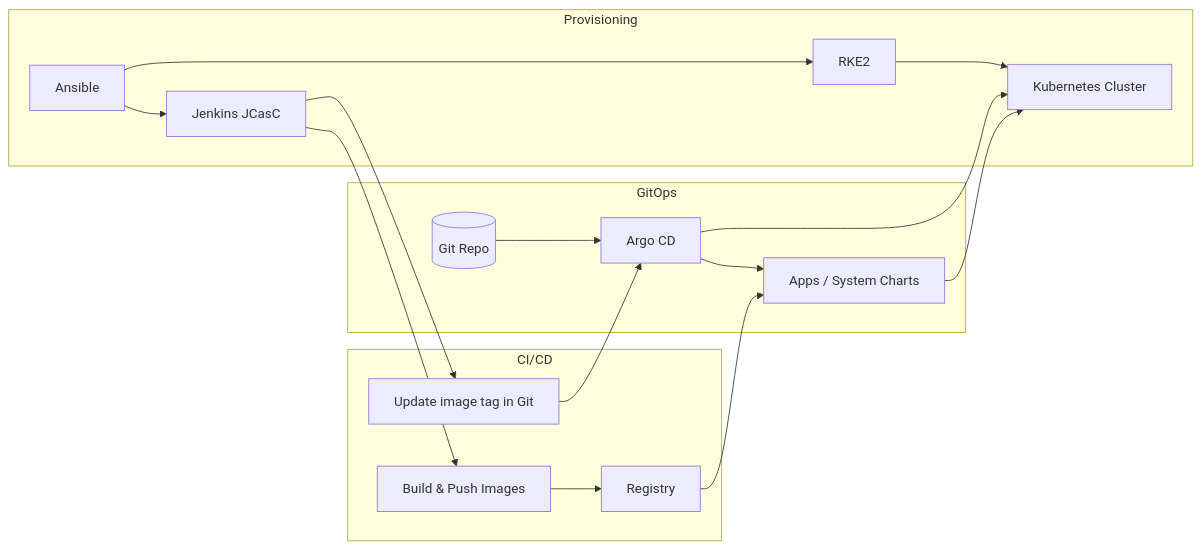
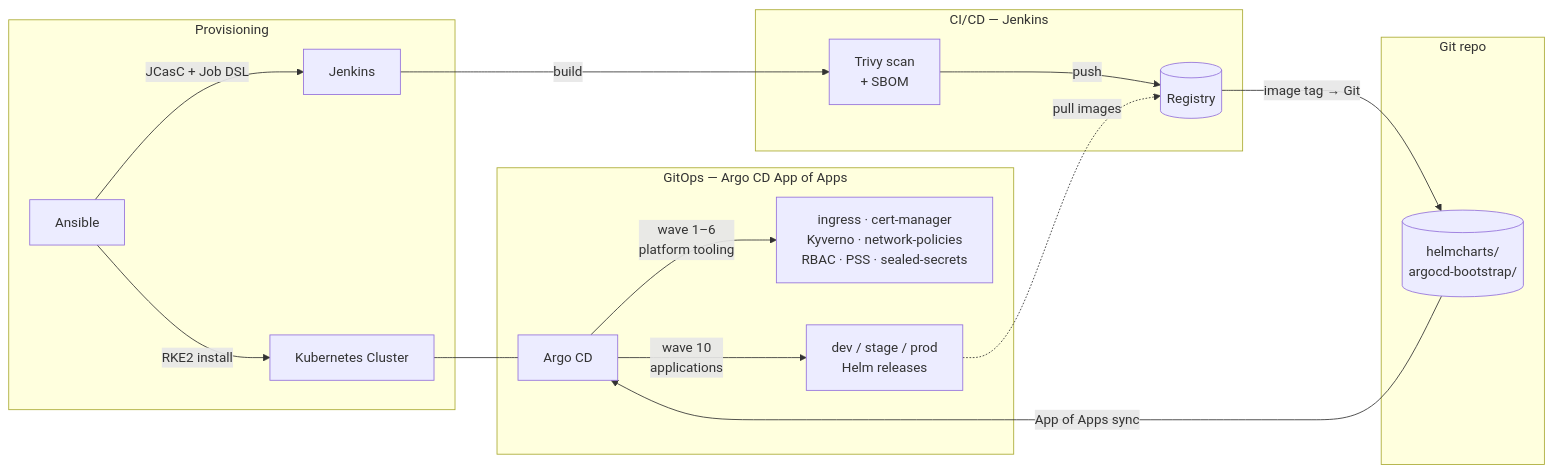
Before and after one commit to SritharanK/sk-k8s-devops-bootstrap: the diagram in README.md, drawn with Mermaid. The commit also changed other lines of this file, not shown here.

Commit message:
fix: correct architecture diagram in README (#50)
- Rename 'Jenkins JCasC' node to 'Jenkins' (JCasC is config mechanism, not component)
- Remove incorrect Registry→Apps arrow (images are pulled by the cluster, not pushed to charts)
- Add security/platform layer showing Kyverno, cert-manager, network-policies, RBAC, PSS
- Show sync-wave ordering (wave 1–6 platform, wave 10 apps)
- Show dev/stage/prod in application node
- Add Trivy scan + SBOM step in CI/CD flow
- Update bullet-point descriptions to match

````diff
--- a/README.md
+++ b/README.md
@@ -18,25 +18,26 @@
 ```mermaid
 flowchart LR
   subgraph Provisioning
-    A[Ansible] --> B[RKE2]
-    B --> C[Kubernetes Cluster]
-    A --> D[Jenkins JCasC]
+    A[Ansible] -->|RKE2 install| B[Kubernetes Cluster]
+    A -->|JCasC + Job DSL| J[Jenkins]
   end
 
-  subgraph GitOps
-    G[(Git Repo)]
-    G --> E[Argo CD]
-    E --> C
-    E --> F[Apps / System Charts]
-    F --> C
+  subgraph Git["Git repo"]
+    G[(helmcharts/\nargocd-bootstrap/)]
   end
 
-  subgraph CI/CD
-    D --> H[Build & Push Images]
-    H --> I[Registry]
-    D --> J[Update image tag in Git]
-    J --> E
+  subgraph GitOps["GitOps — Argo CD App of Apps"]
+    E[Argo CD] -->|wave 1–6\nplatform tooling| SYS["ingress · cert-manager\nKyverno · network-policies\nRBAC · PSS · sealed-secrets"]
+    E -->|wave 10\napplications| APPS[dev / stage / prod\nHelm releases]
   end
 
-  I --> F
+  subgraph CICD["CI/CD — Jenkins"]
+    J -->|build| SC[Trivy scan\n+ SBOM]
+    SC -->|push| R[(Registry)]
+    R -->|image tag → Git| G
+  end
+
+  G -->|App of Apps sync| E
+  APPS -.->|pull images| R
+  B --- E
 ```
````
